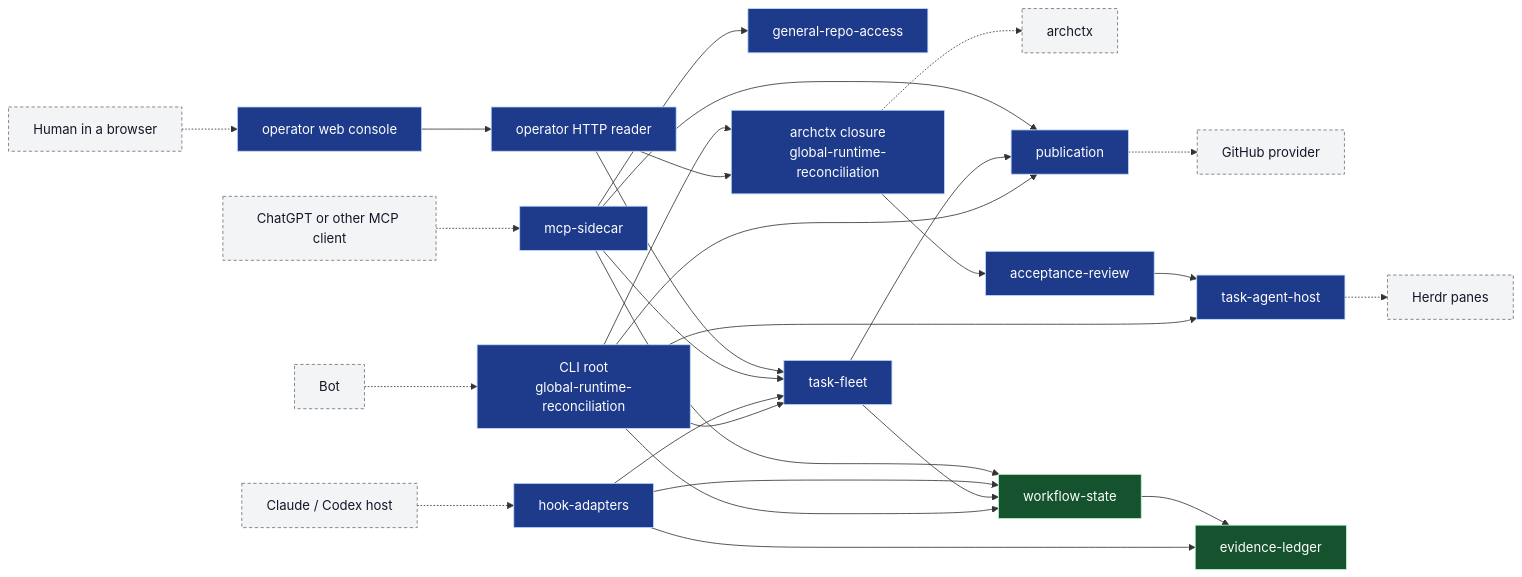
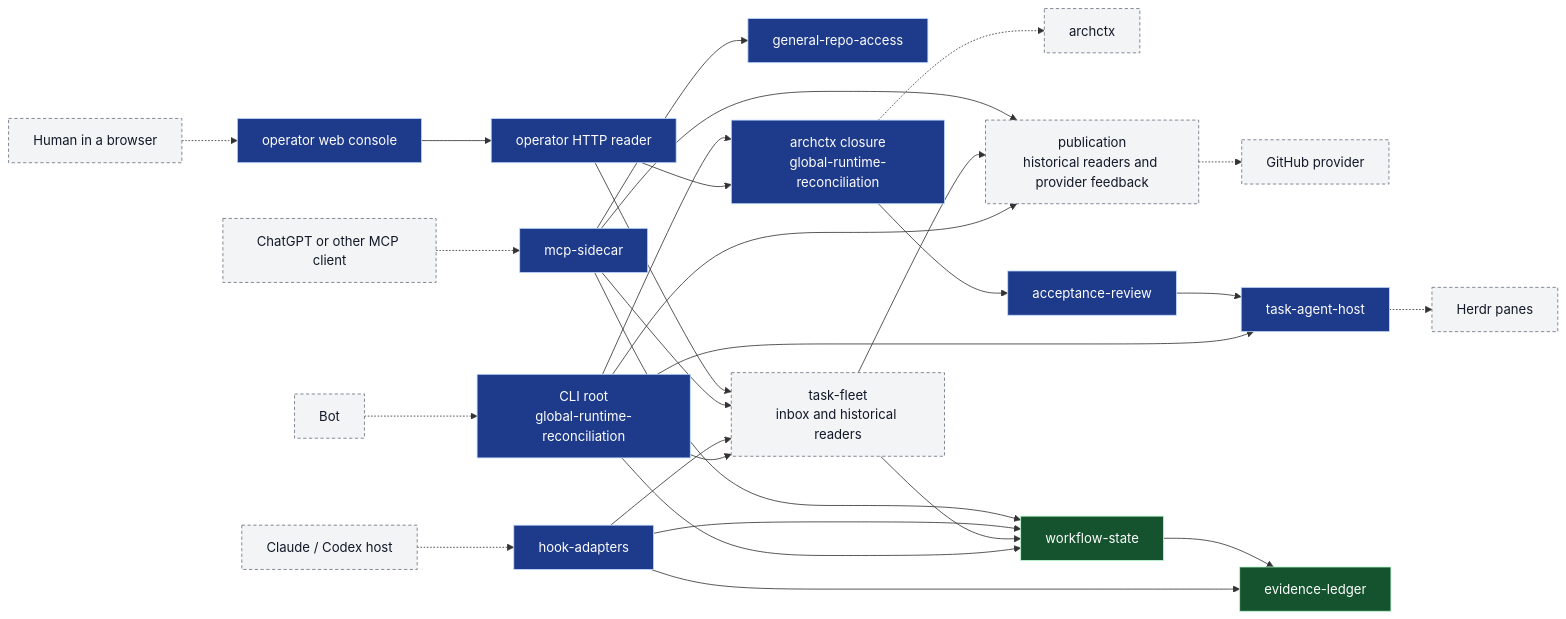
Before and after one commit to Ancienttwo/repo-harness: the diagram in docs/architecture/index.md, drawn with Mermaid. The commit also changed other lines of this file and 4 other files, not shown here.

Commit message:
docs(architecture): separate current authority from historical views (#948)

````diff
--- a/docs/architecture/index.md
+++ b/docs/architecture/index.md
@@ -96,60 +103,60 @@
 ```mermaid
 flowchart LR
   classDef ext fill:#f3f4f6,stroke:#6b7280,color:#111827,stroke-dasharray:4 3
   classDef cap fill:#1e3a8a,stroke:#bfdbfe,color:#ffffff
   classDef store fill:#14532d,stroke:#bbf7d0,color:#ffffff
 
   Bot["Bot"]:::ext
   Host["Claude / Codex host"]:::ext
   Client["ChatGPT or other MCP client"]:::ext
   Human["Human in a browser"]:::ext
   Herdr["Herdr panes"]:::ext
   Provider["GitHub provider"]:::ext
   Archctx["archctx"]:::ext
 
   CLI["CLI root<br/>global-runtime-reconciliation"]:::cap
   Hooks["hook-adapters"]:::cap
   MCP["mcp-sidecar"]:::cap
   Repo["general-repo-access"]:::cap
   Console["operator web console"]:::cap
   OpServer["operator HTTP reader"]:::cap
   Closure["archctx closure<br/>global-runtime-reconciliation"]:::cap
-  Fleet["task-fleet"]:::cap
-  Pub["publication"]:::cap
+  Fleet["task-fleet<br/>inbox and historical readers"]:::ext
+  Pub["publication<br/>historical readers and provider feedback"]:::ext
   TAH["task-agent-host"]:::cap
   Review["acceptance-review"]:::cap
   WS["workflow-state"]:::store
   EL["evidence-ledger"]:::store
 
   Bot -.-> CLI
   CLI --> Fleet
   CLI --> TAH
   CLI --> WS
   CLI --> Pub
   Fleet --> WS
   Fleet --> Pub
   TAH -.-> Herdr
   Pub -.-> Provider
 
   Host -.-> Hooks
   Hooks --> WS
   Hooks --> EL
   Hooks --> Fleet
 
   Client -.-> MCP
   MCP --> Fleet
   MCP --> Pub
   MCP --> Repo
   MCP --> WS
 
   Human -.-> Console
   Console --> OpServer
   OpServer --> Fleet
   OpServer --> Closure
 
   CLI --> Closure
   Closure -.-> Archctx
   Closure --> Review
   Review --> TAH
   WS --> EL
 ```
````
